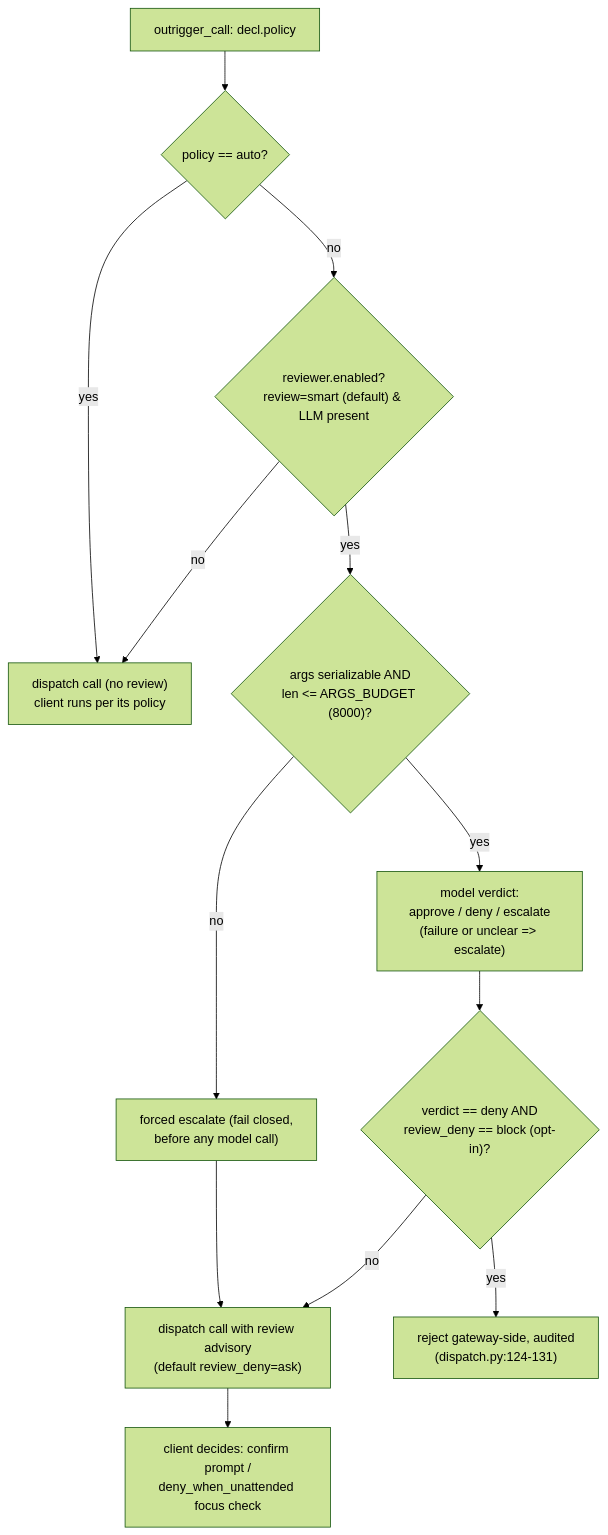
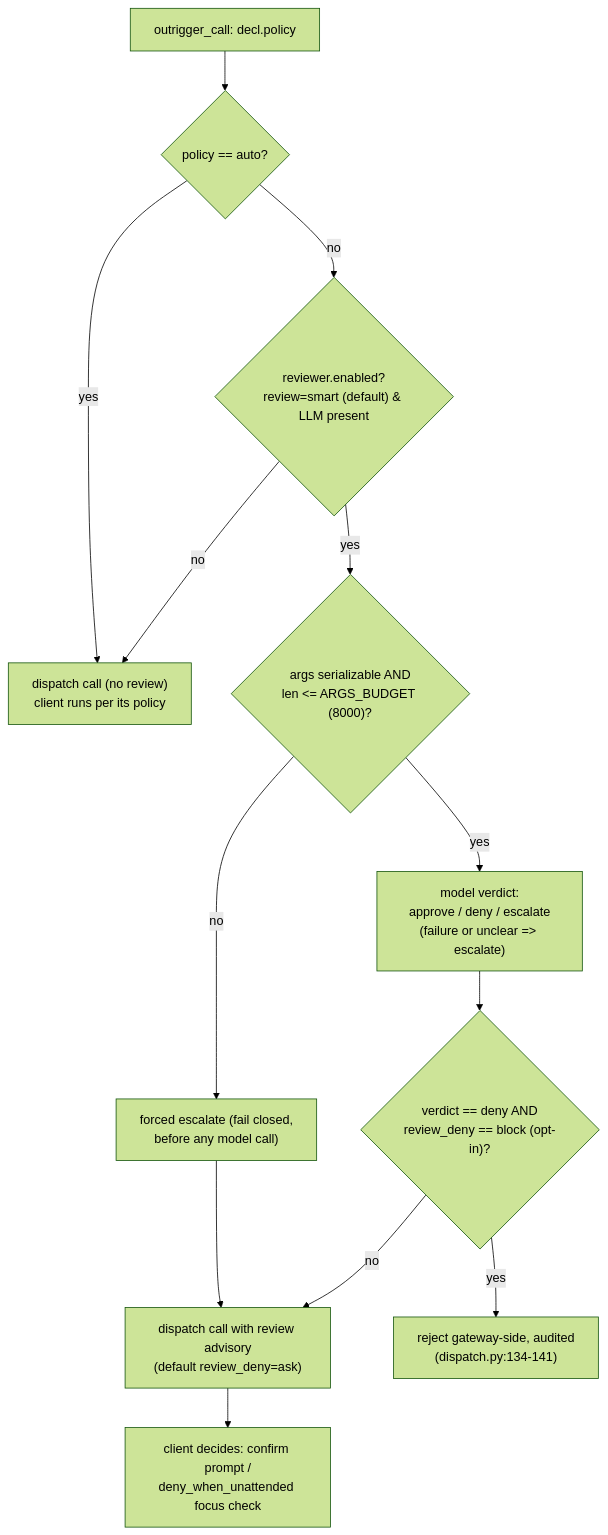
One commit to codepilots/hermes-outrigger changed the fourth of 6 diagrams in AUDIT.md. Above: the diagram before and after it, drawn with Mermaid (forest theme). The commit also changed other lines of this file and 20 other files, not shown here.

````diff
--- a/AUDIT.md
+++ b/AUDIT.md
@@ -169,15 +171,15 @@
 ```mermaid
 flowchart TD
   S["outrigger_call: decl.policy"] --> Auto{"policy == auto?"}
   Auto -->|yes| Dispatch["dispatch call (no review)<br/>client runs per its policy"]
   Auto -->|no| Enabled{"reviewer.enabled?<br/>review=smart (default) & LLM present"}
   Enabled -->|no| Dispatch
   Enabled -->|yes| Budget{"args serializable AND<br/>len <= ARGS_BUDGET (8000)?"}
   Budget -->|no| Esc["forced escalate (fail closed,<br/>before any model call)"]
   Budget -->|yes| Model["model verdict:<br/>approve / deny / escalate<br/>(failure or unclear => escalate)"]
   Esc --> Adv
   Model --> Deny{"verdict == deny AND<br/>review_deny == block (opt-in)?"}
-  Deny -->|yes| Block["reject gateway-side, audited<br/>(dispatch.py:124-131)"]
+  Deny -->|yes| Block["reject gateway-side, audited<br/>(dispatch.py:134-141)"]
   Deny -->|no| Adv["dispatch call with review advisory<br/>(default review_deny=ask)"]
   Adv --> Client["client decides: confirm prompt /<br/>deny_when_unattended focus check"]
 ```
````
